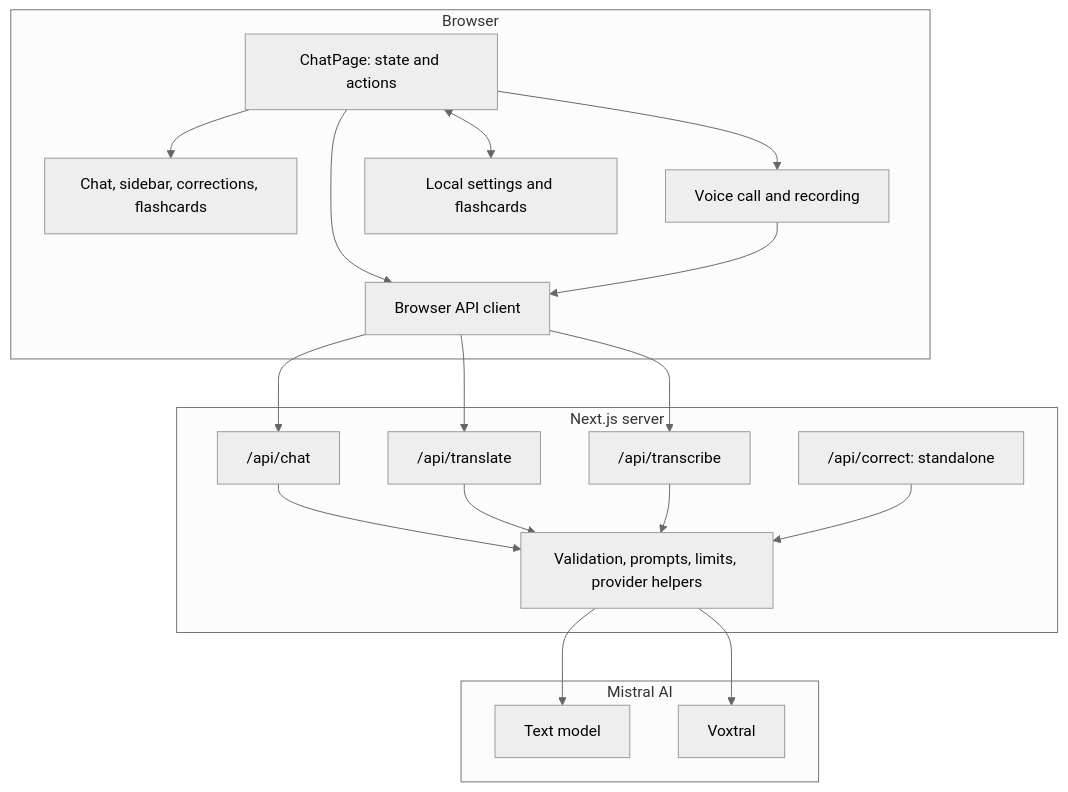
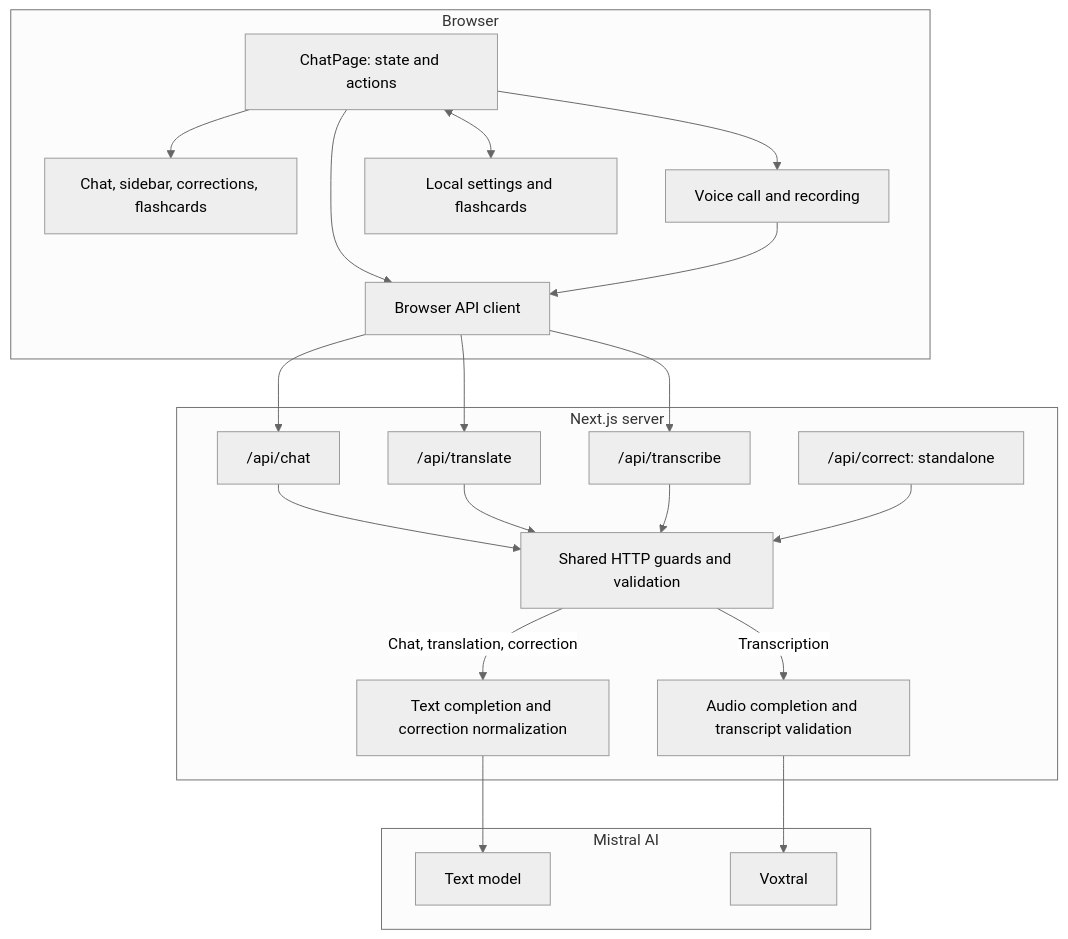
One commit to Yvesei/LangBot changed the first of 4 diagrams in README.md. Above: the diagram before and after it, drawn with Mermaid (neutral theme). The commit also changed other lines of this file and 2 other files, not shown here.

Commit message:
Expand Mermaid documentation and remove unused diagram assets

````diff
--- a/README.md
+++ b/README.md
@@ -65,40 +65,44 @@
 ```mermaid
 flowchart TB
     subgraph Browser["Browser"]
         Page["ChatPage: state and actions"]
         UI["Chat, sidebar, corrections, flashcards"]
         Voice["Voice call and recording"]
         Storage["Local settings and flashcards"]
         Client["Browser API client"]
 
         Page --> UI
         Page --> Voice
         Page <--> Storage
         Page --> Client
         Voice --> Client
     end
 
     subgraph Server["Next.js server"]
         Chat["/api/chat"]
         Translate["/api/translate"]
         Transcribe["/api/transcribe"]
         Correct["/api/correct: standalone"]
-        Helpers["Validation, prompts, limits, provider helpers"]
+        Helpers["Shared HTTP guards and validation"]
+        TextRequest["Text completion and correction normalization"]
+        AudioRequest["Audio completion and transcript validation"]
 
         Chat --> Helpers
         Translate --> Helpers
         Transcribe --> Helpers
         Correct --> Helpers
     end
 
     subgraph Provider["Mistral AI"]
         Text["Text model"]
         Audio["Voxtral"]
     end
 
     Client --> Chat
     Client --> Translate
     Client --> Transcribe
-    Helpers --> Text
-    Helpers --> Audio
+    Helpers -->|Chat, translation, correction| TextRequest
+    Helpers -->|Transcription| AudioRequest
+    TextRequest --> Text
+    AudioRequest --> Audio
 ```
````
